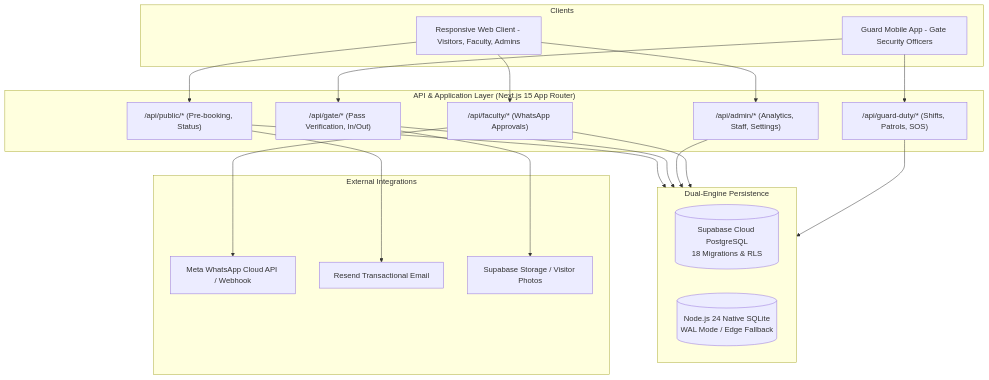
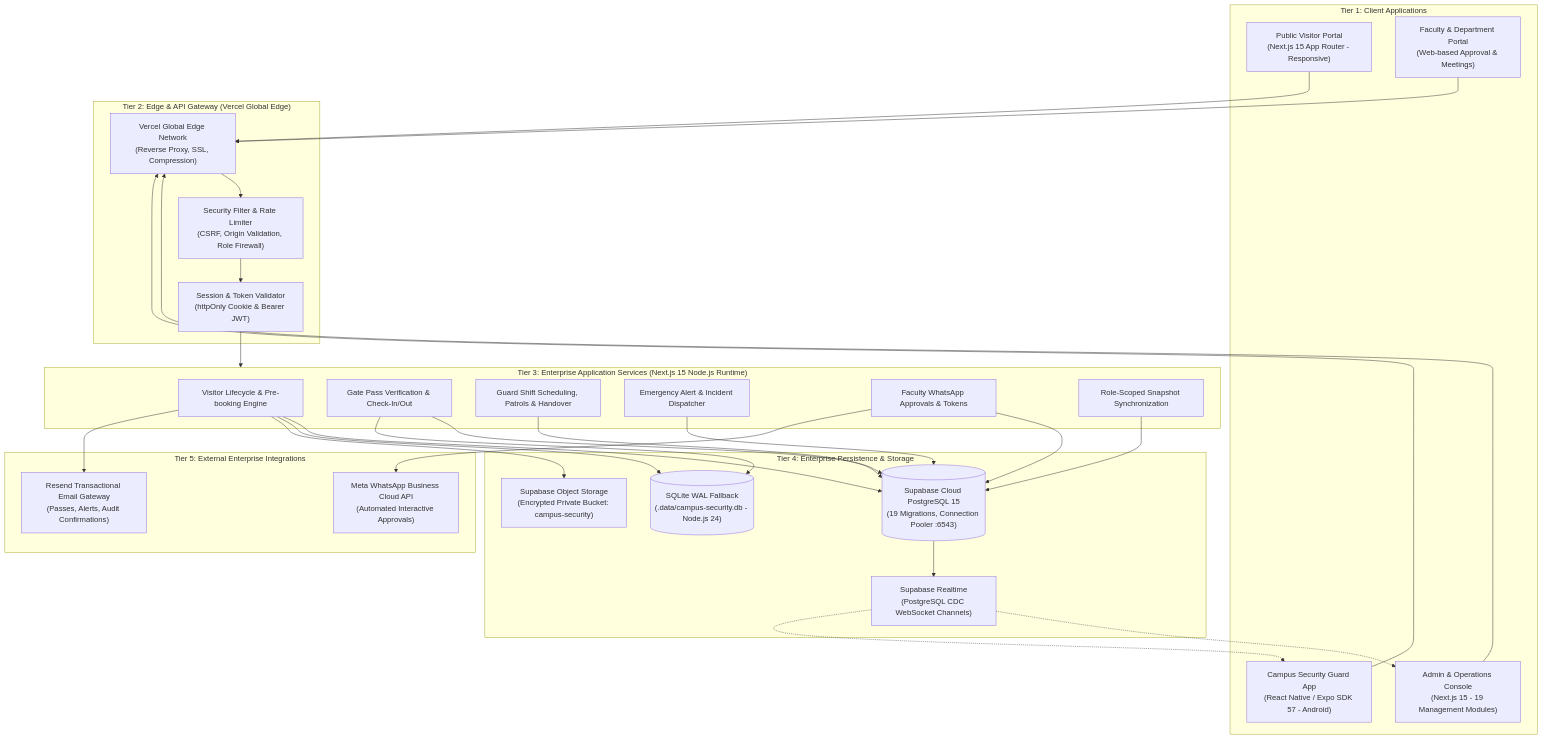
The diagram in docs/SYSTEM_ARCHITECTURE.md (Nikhil6306/campus-security-Mng-system), drawn with Mermaid before and after one commit. The commit also changed other lines of this file and 39 other files, not shown here.

Commit message:
feat: synchronize complete Campus Security Management System

````diff
--- a/docs/SYSTEM_ARCHITECTURE.md
+++ b/docs/SYSTEM_ARCHITECTURE.md
@@ -14,42 +14,63 @@
 ```mermaid
-graph TD
-    subgraph Clients
-        Web[Responsive Web Client - Visitors, Faculty, Admins]
-        Mobile[Guard Mobile App - Gate Security Officers]
+graph TB
+    subgraph ClientTier ["Tier 1: Client Applications"]
+        WebPublic["Public Visitor Portal\n(Next.js 15 App Router - Responsive)"]
+        WebAdmin["Admin & Operations Console\n(Next.js 15 - 19 Management Modules)"]
+        StaffWeb["Faculty & Department Portal\n(Web-based Approval & Meetings)"]
+        MobileGuard["Campus Security Guard App\n(React Native / Expo SDK 57 - Android)"]
     end
 
-    subgraph API_Layer ["API & Application Layer (Next.js 15 App Router)"]
-        PublicAPI["/api/public/* (Pre-booking, Status)"]
-        GateAPI["/api/gate/* (Pass Verification, In/Out)"]
-        AdminAPI["/api/admin/* (Analytics, Staff, Settings)"]
-        FacultyAPI["/api/faculty/* (WhatsApp Approvals)"]
-        DutyAPI["/api/guard-duty/* (Shifts, Patrols, SOS)"]
+    subgraph GatewayTier ["Tier 2: Edge & API Gateway (Vercel Global Edge)"]
+        EdgeRouter["Vercel Global Edge Network\n(Reverse Proxy, SSL, Compression)"]
+        SecFilter["Security Filter & Rate Limiter\n(CSRF, Origin Validation, Role Firewall)"]
+        AuthMiddleware["Session & Token Validator\n(httpOnly Cookie & Bearer JWT)"]
     end
 
-    subgraph Data_Storage ["Dual-Engine Persistence"]
-        Postgres[("Supabase Cloud PostgreSQL\n18 Migrations & RLS")]
-        SQLite[("Node.js 24 Native SQLite\nWAL Mode / Edge Fallback")]
+    subgraph ServiceTier ["Tier 3: Enterprise Application Services (Next.js 15 Node.js Runtime)"]
+        VisitorService["Visitor Lifecycle & Pre-booking Engine"]
+        GateService["Gate Pass Verification & Check-In/Out"]
+        DutyService["Guard Shift Scheduling, Patrols & Handover"]
+        SOSService["Emergency Alert & Incident Dispatcher"]
+        FacultyService["Faculty WhatsApp Approvals & Tokens"]
+        SnapshotService["Role-Scoped Snapshot Synchronization"]
     end
 
-    subgraph External_Services ["External Integrations"]
-        WhatsApp["Meta WhatsApp Cloud API / Webhook"]
-        Resend["Resend Transactional Email"]
-        Storage["Supabase Storage / Visitor Photos"]
+    subgraph DataTier ["Tier 4: Enterprise Persistence & Storage"]
+        SupabasePG[("Supabase Cloud PostgreSQL 15\n(19 Migrations, Connection Pooler :6543)")]
+        SupabaseRealtime["Supabase Realtime\n(PostgreSQL CDC WebSocket Channels)"]
+        SupabaseStorage["Supabase Object Storage\n(Encrypted Private Bucket: campus-security)"]
+        LocalSQLite[("SQLite WAL Fallback\n(.data/campus-security.db - Node.js 24)")]
     end
 
-    Web --> PublicAPI
-    Web --> AdminAPI
-    Web --> FacultyAPI
-    Mobile --> GateAPI
-    Mobile --> DutyAPI
+    subgraph ExternalTier ["Tier 5: External Enterprise Integrations"]
+        MetaWhatsApp["Meta WhatsApp Business Cloud API\n(Automated Interactive Approvals)"]
+        ResendEmail["Resend Transactional Email Gateway\n(Passes, Alerts, Audit Confirmations)"]
+    end
 
-    PublicAPI --> Data_Storage
-    GateAPI --> Data_Storage
-    AdminAPI --> Data_Storage
-    FacultyAPI --> Data_Storage
-    DutyAPI --> Data_Storage
+    WebPublic --> EdgeRouter
+    WebAdmin --> EdgeRouter
+    StaffWeb --> EdgeRouter
+    MobileGuard --> EdgeRouter
 
-    FacultyAPI --> WhatsApp
-    PublicAPI --> Resend
-    GateAPI --> Storage
+    EdgeRouter --> SecFilter
+    SecFilter --> AuthMiddleware
+    AuthMiddleware --> ServiceTier
+
+    VisitorService --> SupabasePG
+    GateService --> SupabasePG
+    DutyService --> SupabasePG
+    SOSService --> SupabasePG
+    FacultyService --> SupabasePG
+    SnapshotService --> SupabasePG
+
+    GateService --> LocalSQLite
+    VisitorService --> LocalSQLite
+
+    VisitorService --> SupabaseStorage
+    FacultyService --> MetaWhatsApp
+    VisitorService --> ResendEmail
+    SupabasePG --> SupabaseRealtime
+
+    SupabaseRealtime -.-> WebAdmin
+    SupabaseRealtime -.-> MobileGuard
 ```
````
